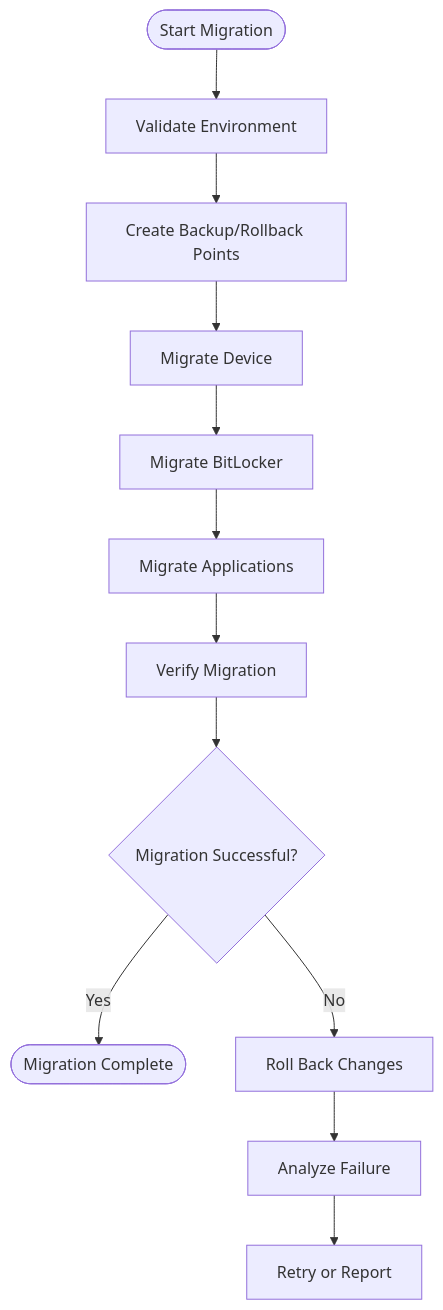
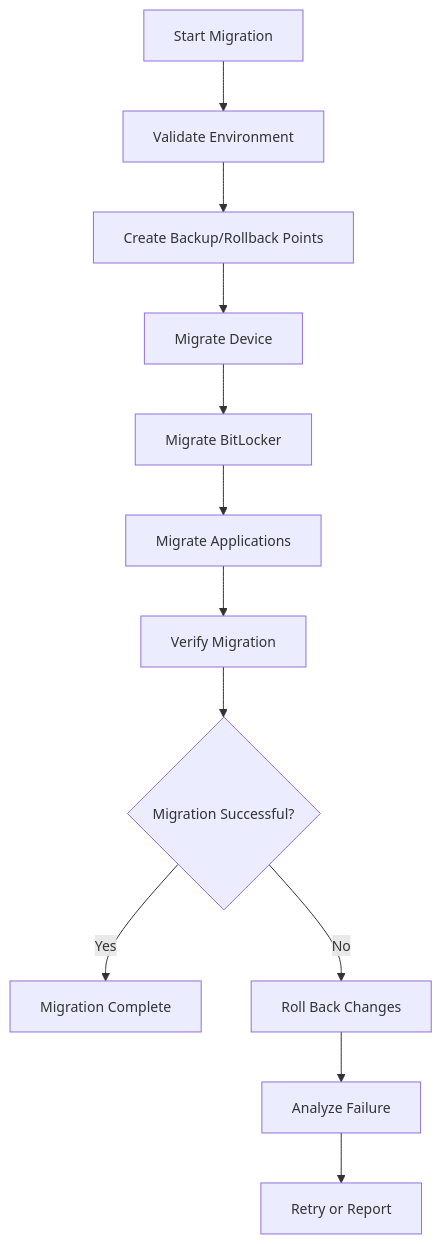
Before and after one commit to alphaminmax/Workspace-One-to-Azure-Intune-Migration-Toolkit-MVP-Edition: the first of 5 diagrams in docs/Workflow-Diagrams.md, drawn with Mermaid. The commit also changed other lines of this file and 10 other files, not shown here.

Commit message:
Added BitLocker-Management module

````diff
--- a/docs/Workflow-Diagrams.md
+++ b/docs/Workflow-Diagrams.md
@@ -7,14 +7,15 @@
 ```mermaid
-graph TD
-Start([Start Migration]) --> Validate[Validate Environment]
-Validate --> Backup[Create Backup/Rollback Points]
-Backup --> MigrateDevice[Migrate Device]
-MigrateDevice --> MigrateBitLocker[Migrate BitLocker]
-MigrateBitLocker --> MigrateApps[Migrate Applications]
-MigrateApps --> Verify[Verify Migration]
-Verify --> Results{Migration Successful?}
-Results -->|Yes| Complete([Migration Complete])
-Results -->|No| Rollback[Roll Back Changes]
-Rollback --> Analyze[Analyze Failure]
-Analyze --> Retry[Retry or Report]
+%%{init: {'theme': 'default', 'themeVariables': { 'primaryColor': '#007acc', 'fontSize': '14px'}}}%%
+flowchart TD
+A[Start Migration] --> B[Validate Environment]
+B --> C[Create Backup/Rollback Points]
+C --> D[Migrate Device]
+D --> E[Migrate BitLocker]
+E --> F[Migrate Applications]
+F --> G[Verify Migration]
+G --> H{Migration Successful?}
+H -->|Yes| I[Migration Complete]
+H -->|No| J[Roll Back Changes]
+J --> K[Analyze Failure]
+K --> L[Retry or Report]
 ```
````
